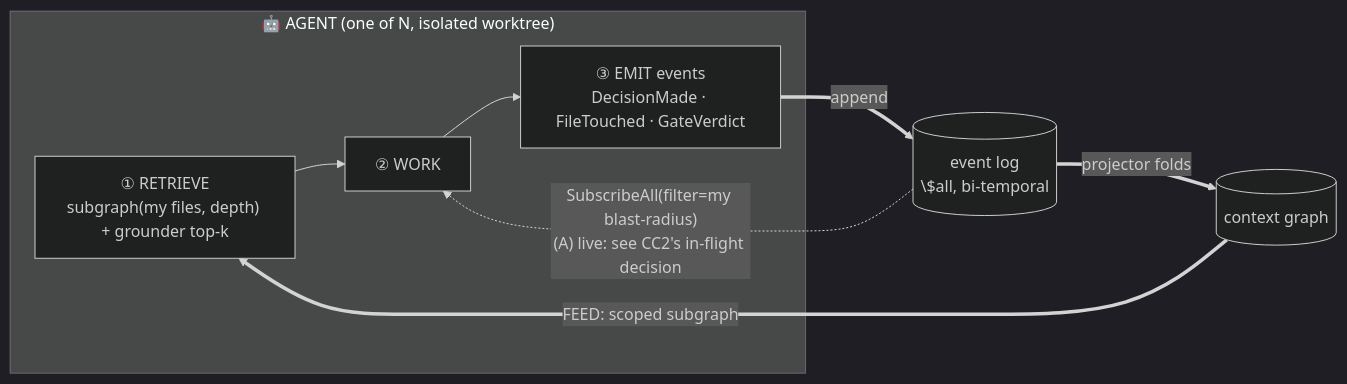
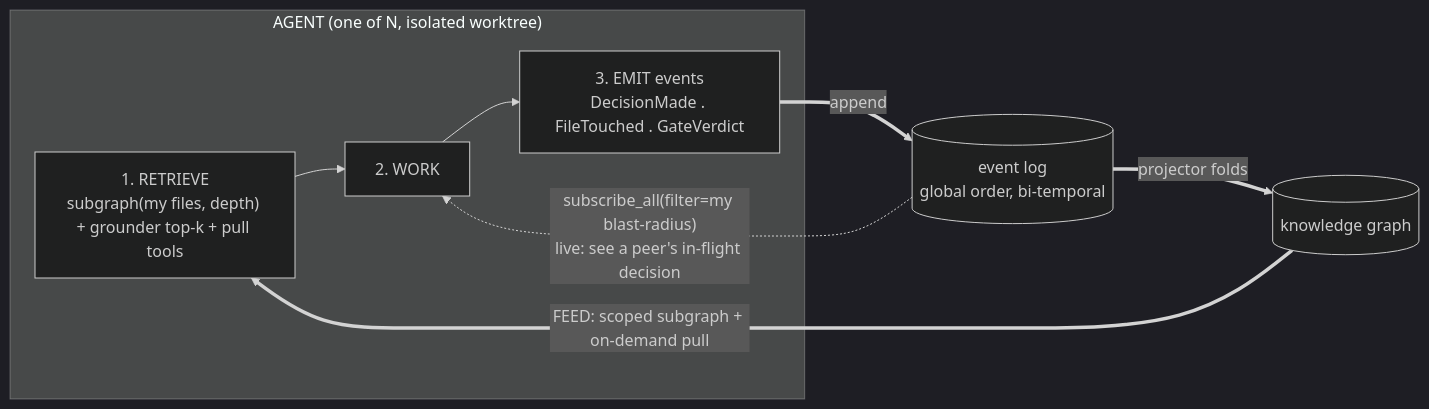
One commit to virtual-velocitation/rigger changed the third of 3 diagrams in docs/architecture.md. Above: the diagram before and after it, drawn with Mermaid (dark theme). The commit also changed other lines of this file and 59 other files, not shown here.

Commit message:
Post-KG consolidation: architecture doc rebuilt, turbovec retired on evidence, grep-gap closed, readable graph (specs 56-59) (#21)

````diff
--- a/docs/architecture.md
+++ b/docs/architecture.md
@@ -629,13 +721,13 @@
 ```mermaid
 flowchart LR
-  subgraph A["🤖 AGENT (one of N, isolated worktree)"]
-    R["① RETRIEVE\nsubgraph(my files, depth) + grounder top-k"]
-    W["② WORK"]
-    E["③ EMIT events\nDecisionMade · FileTouched · GateVerdict"]
+  subgraph A["AGENT (one of N, isolated worktree)"]
+    R["1. RETRIEVE<br/>subgraph(my files, depth) + grounder top-k + pull tools"]
+    W["2. WORK"]
+    E["3. EMIT events<br/>DecisionMade . FileTouched . GateVerdict"]
     R --> W --> E
   end
-  E ==>|append| LOG[("event log\n\$all, bi-temporal")]
-  LOG ==>|projector folds| CG[("context graph")]
-  CG ==>|FEED: scoped subgraph| R
-  LOG -. "SubscribeAll(filter=my blast-radius)\n(A) live: see CC2's in-flight decision" .-> W
+  E ==>|append| LOG[("event log<br/>global order, bi-temporal")]
+  LOG ==>|projector folds| CG[("knowledge graph")]
+  CG ==>|FEED: scoped subgraph + on-demand pull| R
+  LOG -. "subscribe_all(filter=my blast-radius)<br/>live: see a peer's in-flight decision" .-> W
 ```
````
